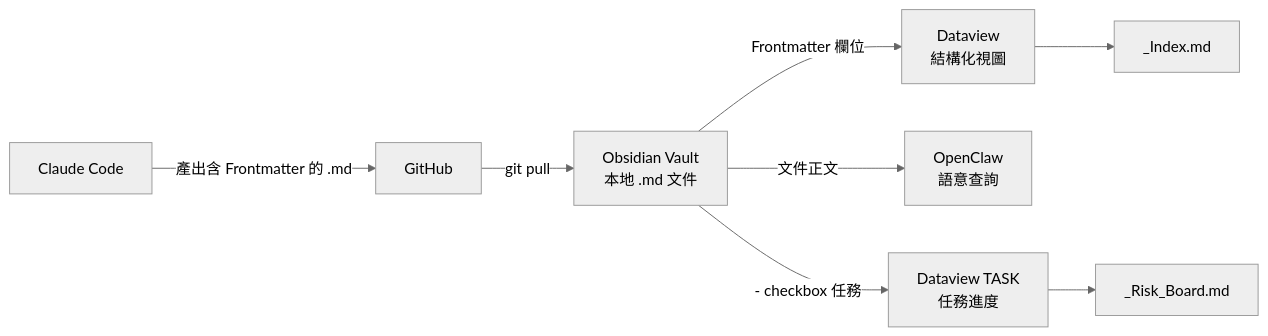
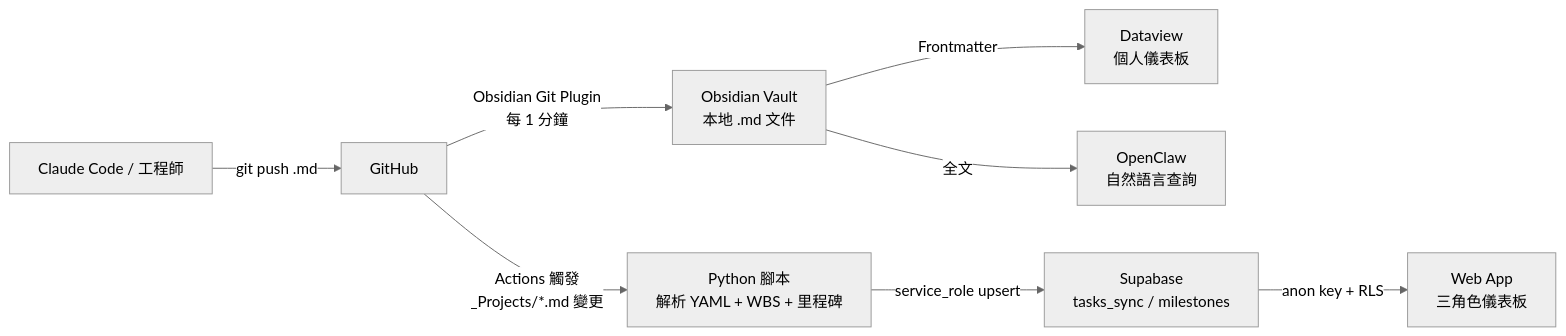
The fourth of 4 diagrams in docs/architecture_and_design_document.md (benben83922/Node_PM), drawn with Mermaid (neutral theme) before and after one commit. The commit also changed other lines of this file and 10 other files, not shown here.

Commit message:
update web app

````diff
--- a/docs/architecture_and_design_document.md
+++ b/docs/architecture_and_design_document.md
@@ -336,10 +421,10 @@
 ```mermaid
 graph LR
-    CC[Claude Code] -->|產出含 Frontmatter 的 .md| GH[GitHub]
-    GH -->|git pull| VAULT[Obsidian Vault\n本地 .md 文件]
-    VAULT -->|Frontmatter 欄位| DV[Dataview\n結構化視圖]
-    VAULT -->|文件正文| OC[OpenClaw\n語意查詢]
-    VAULT -->|- checkbox 任務| DT[Dataview TASK\n任務進度]
-    DV --> IDX[_Index.md]
-    DT --> RSK[_Risk_Board.md]
+    CC[Claude Code / 工程師] -->|git push .md| GH[GitHub]
+    GH -->|Obsidian Git Plugin\n每 1 分鐘| VAULT[Obsidian Vault\n本地 .md 文件]
+    GH -->|Actions 觸發\n_Projects/*.md 變更| PY[Python 腳本\n解析 YAML + WBS + 里程碑]
+    VAULT -->|Frontmatter| DV[Dataview\n個人儀表板]
+    VAULT -->|全文| OC[OpenClaw\n自然語言查詢]
+    PY -->|service_role upsert| SB[Supabase\ntasks_sync / milestones]
+    SB -->|anon key + RLS| WEB[Web App\n三角色儀表板]
 ```
````
